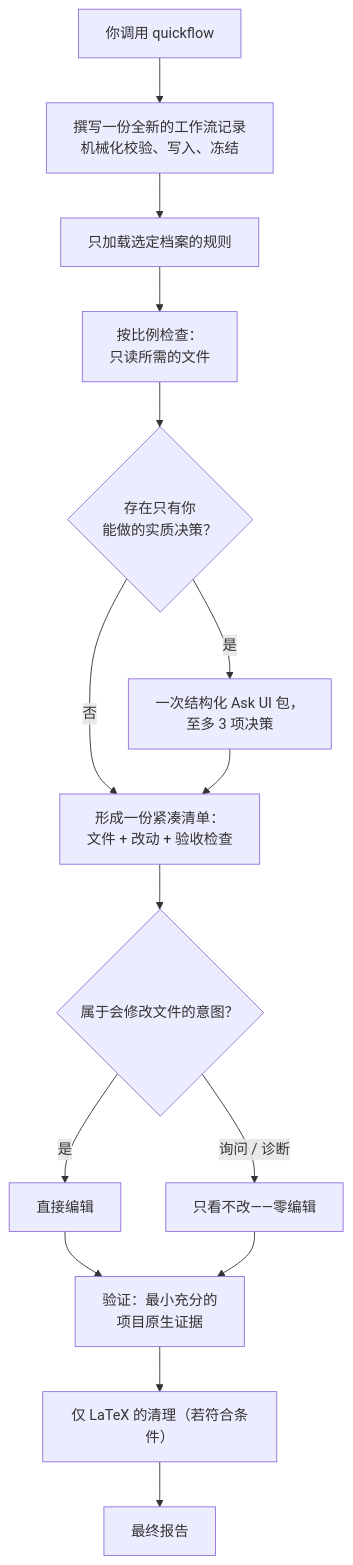
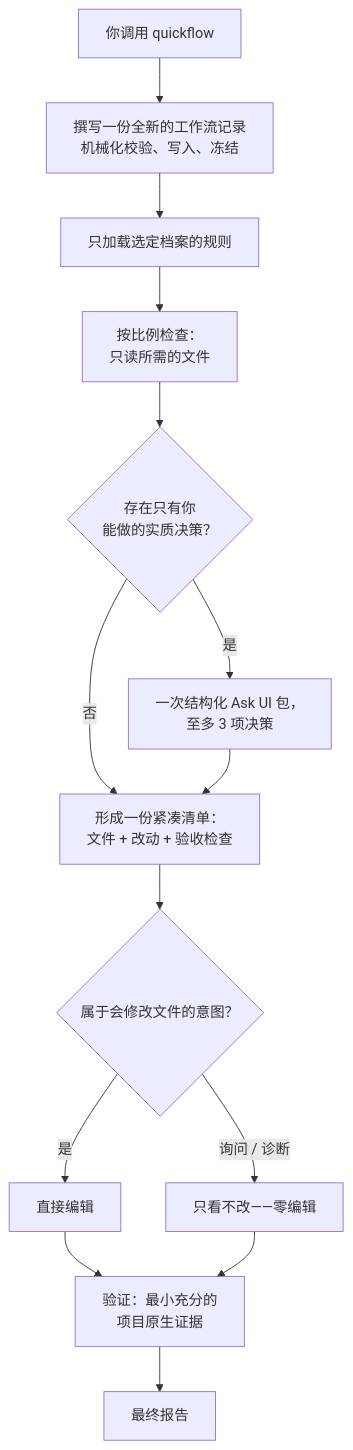
One commit to xzhang17/quickflow changed the diagram in README.zh-CN.md. Above: the diagram before and after it, drawn with Mermaid. The commit also changed other lines of this file and 1 other file, not shown here.

Commit message:
Trim cleanup node from diagram and progress-message clause (EN + ZH)

````diff
--- a/README.zh-CN.md
+++ b/README.zh-CN.md
@@ -59,17 +59,16 @@
 ```mermaid
 flowchart TD
     A[你调用 quickflow] --> B[撰写一份全新的工作流记录<br/>机械化校验、写入、冻结]
     B --> C[只加载选定档案的规则]
     C --> D[按比例检查：<br/>只读所需的文件]
     D --> E{存在只有你<br/>能做的实质决策？}
     E -->|是| F[一次结构化 Ask UI 包，<br/>至多 3 项决策]
     E -->|否| G
     F --> G[形成一份紧凑清单：<br/>文件 + 改动 + 验收检查]
     G --> H{属于会修改文件的意图？}
     H -->|是| I[直接编辑]
     H -->|询问 / 诊断| J[只看不改——零编辑]
     I --> K[验证：最小充分的<br/>项目原生证据]
     J --> K
-    K --> L[仅 LaTeX 的清理（若符合条件）]
-    L --> M[最终报告]
+    K --> M[最终报告]
 ```
````
